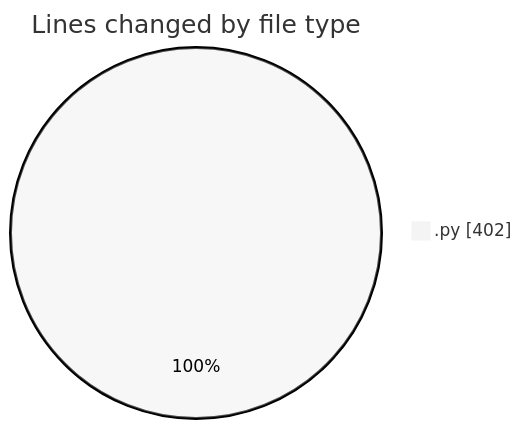
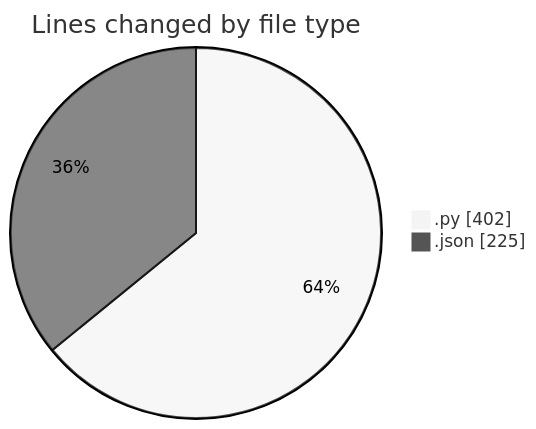
One commit to MatusMokan/code-tracking changed the first of 2 diagrams in 2025-10-05/untitled__workspace_/README.md. Above: the diagram before and after it, drawn with Mermaid (neutral theme). The commit also changed other lines of this file and 1 other file, not shown here.

````diff
--- a/2025-10-05/untitled__workspace_/README.md
+++ b/2025-10-05/untitled__workspace_/README.md
@@ -20,5 +21,6 @@
 ```mermaid
 pie showData
 title Lines changed by file type
 ".py" : 402
+".json" : 225
 ```
````
